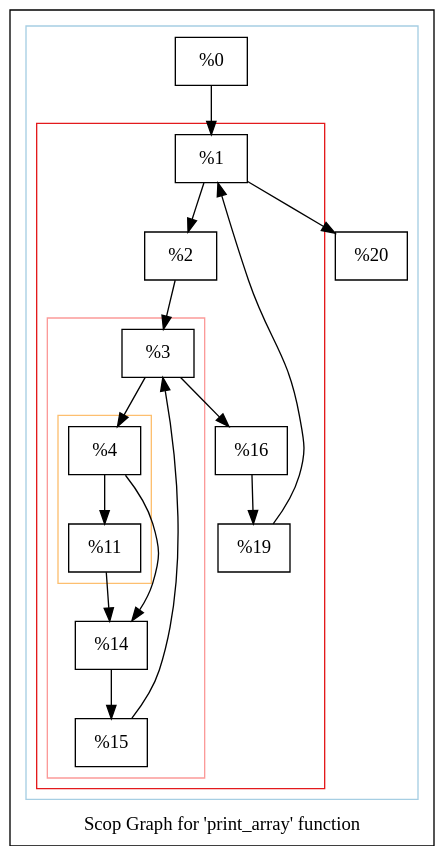
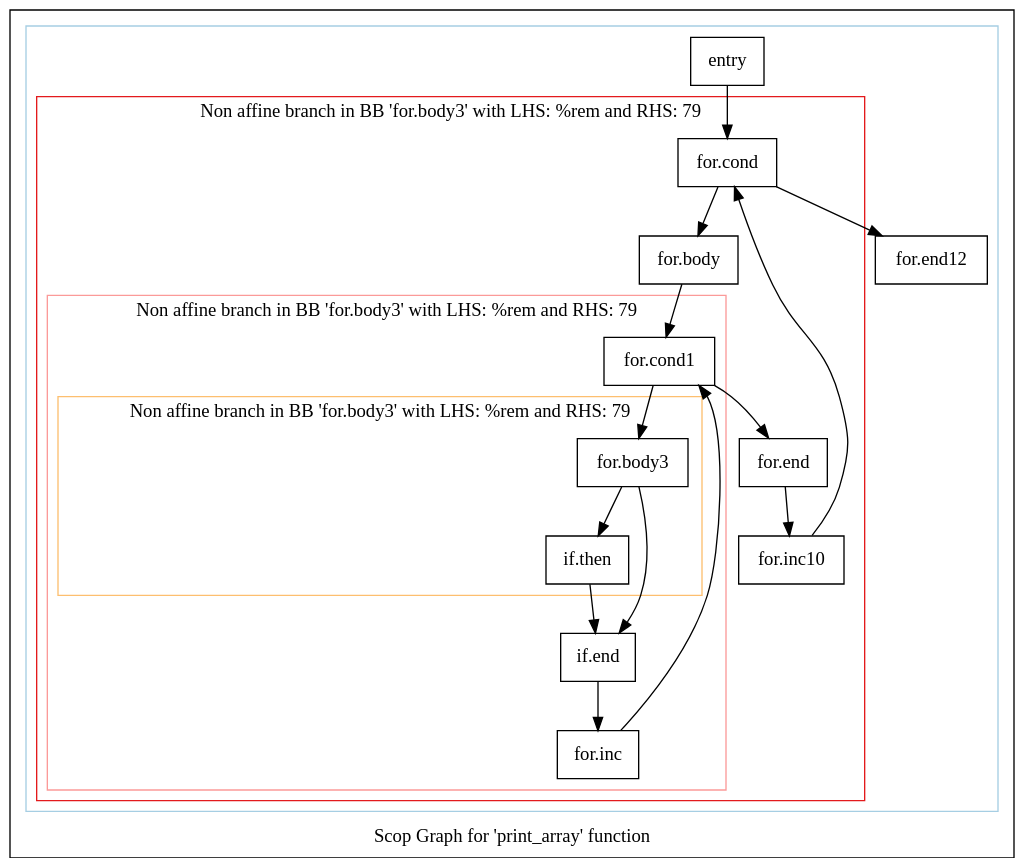
Before and after one commit to intel/quantum-intrinsics: the diagram in polly/www/experiments/matmul/scopsonly.print_array.dot, drawn with Graphviz. The commit also changed 36 other files, not shown here.

```diff
--- a/polly/www/experiments/matmul/scopsonly.print_array.dot
+++ b/polly/www/experiments/matmul/scopsonly.print_array.dot
@@ -1,60 +1,60 @@
 digraph "Scop Graph for 'print_array' function" {
 	label="Scop Graph for 'print_array' function";
 
-	Node0x24df2c0 [shape=record,label="{%0}"];
-	Node0x24df2c0 -> Node0x24df2a0;
-	Node0x24df2a0 [shape=record,label="{%1}"];
-	Node0x24df2a0 -> Node0x24dee90;
-	Node0x24df2a0 -> Node0x24dee20;
-	Node0x24dee90 [shape=record,label="{%2}"];
-	Node0x24dee90 -> Node0x24debd0;
-	Node0x24debd0 [shape=record,label="{%3}"];
-	Node0x24debd0 -> Node0x24df150;
-	Node0x24debd0 -> Node0x24de990;
-	Node0x24df150 [shape=record,label="{%4}"];
-	Node0x24df150 -> Node0x24df3a0;
-	Node0x24df150 -> Node0x24defb0;
-	Node0x24df3a0 [shape=record,label="{%11}"];
-	Node0x24df3a0 -> Node0x24defb0;
-	Node0x24defb0 [shape=record,label="{%14}"];
-	Node0x24defb0 -> Node0x24df530;
-	Node0x24df530 [shape=record,label="{%15}"];
-	Node0x24df530 -> Node0x24debd0[constraint=false];
-	Node0x24de990 [shape=record,label="{%16}"];
-	Node0x24de990 -> Node0x24df9a0;
-	Node0x24df9a0 [shape=record,label="{%19}"];
-	Node0x24df9a0 -> Node0x24df2a0[constraint=false];
-	Node0x24dee20 [shape=record,label="{%20}"];
+	Node0x17d2200 [shape=record,label="{entry}"];
+	Node0x17d2200 -> Node0x17d4f20;
+	Node0x17d4f20 [shape=record,label="{for.cond}"];
+	Node0x17d4f20 -> Node0x17d9fd0;
+	Node0x17d4f20 -> Node0x17da030;
+	Node0x17d9fd0 [shape=record,label="{for.body}"];
+	Node0x17d9fd0 -> Node0x17da120;
+	Node0x17da120 [shape=record,label="{for.cond1}"];
+	Node0x17da120 -> Node0x17da180;
+	Node0x17da120 -> Node0x17da1e0;
+	Node0x17da180 [shape=record,label="{for.body3}"];
+	Node0x17da180 -> Node0x17da090;
+	Node0x17da180 -> Node0x17da0f0;
+	Node0x17da090 [shape=record,label="{if.then}"];
+	Node0x17da090 -> Node0x17da0f0;
+	Node0x17da0f0 [shape=record,label="{if.end}"];
+	Node0x17da0f0 -> Node0x17da390;
+	Node0x17da390 [shape=record,label="{for.inc}"];
+	Node0x17da390 -> Node0x17da120[constraint=false];
+	Node0x17da1e0 [shape=record,label="{for.end}"];
+	Node0x17da1e0 -> Node0x17d9e40;
+	Node0x17d9e40 [shape=record,label="{for.inc10}"];
+	Node0x17d9e40 -> Node0x17d4f20[constraint=false];
+	Node0x17da030 [shape=record,label="{for.end12}"];
 	colorscheme = "paired12"
-        subgraph cluster_0x24dbe40 {
+        subgraph cluster_0x17d38f0 {
           label = "";
           style = solid;
           color = 1
-          subgraph cluster_0x24db6e0 {
-            label = "";
+          subgraph cluster_0x17d4030 {
+            label = "Non affine branch in BB 'for.body3' with LHS: %rem and RHS: 79";
             style = solid;
             color = 6
-            subgraph cluster_0x24db660 {
-              label = "";
+            subgraph cluster_0x17d3fb0 {
+              label = "Non affine branch in BB 'for.body3' with LHS: %rem and RHS: 79";
               style = solid;
               color = 5
-              subgraph cluster_0x24db5e0 {
-                label = "";
+              subgraph cluster_0x17d3f30 {
+                label = "Non affine branch in BB 'for.body3' with LHS: %rem and RHS: 79";
                 style = solid;
                 color = 7
-                Node0x24df150;
-                Node0x24df3a0;
+                Node0x17da180;
+                Node0x17da090;
               }
-              Node0x24debd0;
-              Node0x24defb0;
-              Node0x24df530;
+              Node0x17da120;
+              Node0x17da0f0;
+              Node0x17da390;
             }
-            Node0x24df2a0;
-            Node0x24dee90;
-            Node0x24de990;
-            Node0x24df9a0;
+            Node0x17d4f20;
+            Node0x17d9fd0;
+            Node0x17da1e0;
+            Node0x17d9e40;
           }
-          Node0x24df2c0;
-          Node0x24dee20;
+          Node0x17d2200;
+          Node0x17da030;
         }
 }
```
